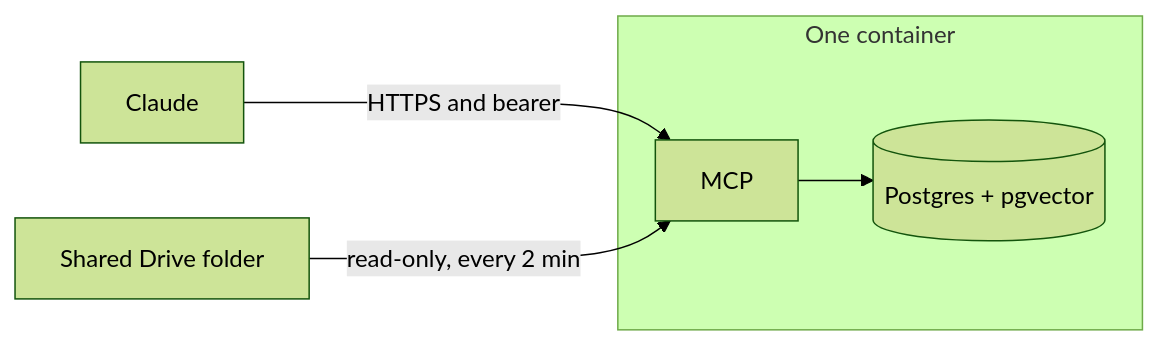
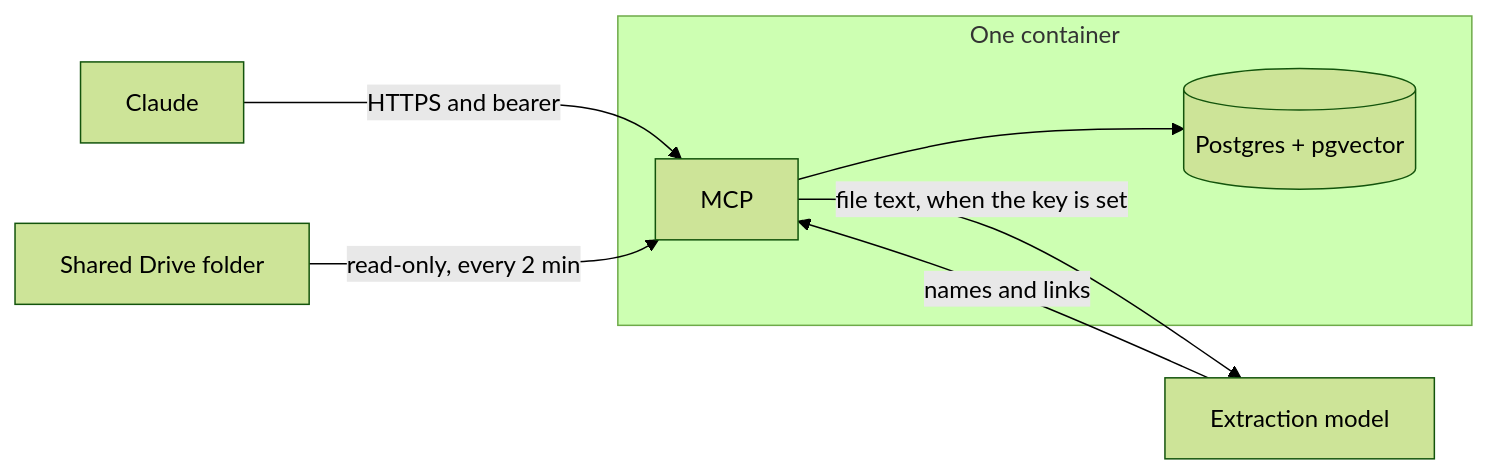
One commit to meteordefect/memory-system changed the first of 2 diagrams in README.md. Above: the diagram before and after it, drawn with Mermaid (forest theme). The commit also changed other lines of this file and 3 other files, not shown here.

Commit message:
Document the graph and the ChatGPT OAuth plan before the next deploy.

````diff
--- a/README.md
+++ b/README.md
@@ -13,14 +13,17 @@
 ```mermaid
 flowchart LR
   Claude["Claude"]
   Drive["Shared Drive folder"]
+  Model["Extraction model"]
 
   subgraph box ["One container"]
     MCP["MCP"]
     DB[("Postgres + pgvector")]
     MCP --> DB
   end
 
   Claude -->|"HTTPS and bearer"| MCP
   Drive -->|"read-only, every 2 min"| MCP
+  MCP -->|"file text, when the key is set"| Model
+  Model -->|"names and links"| MCP
 ```
````
